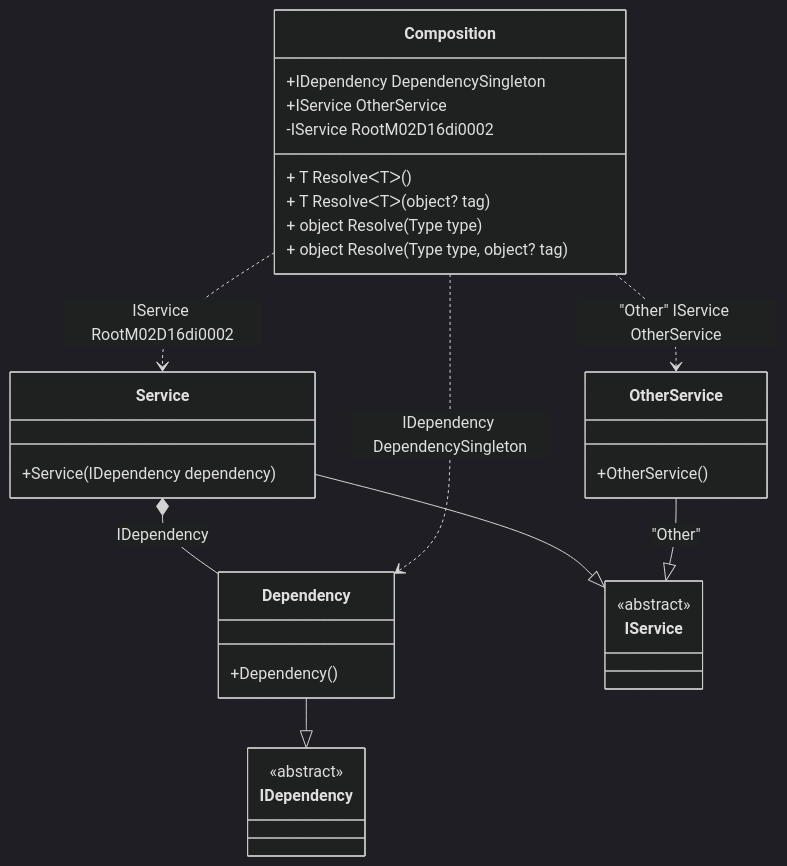
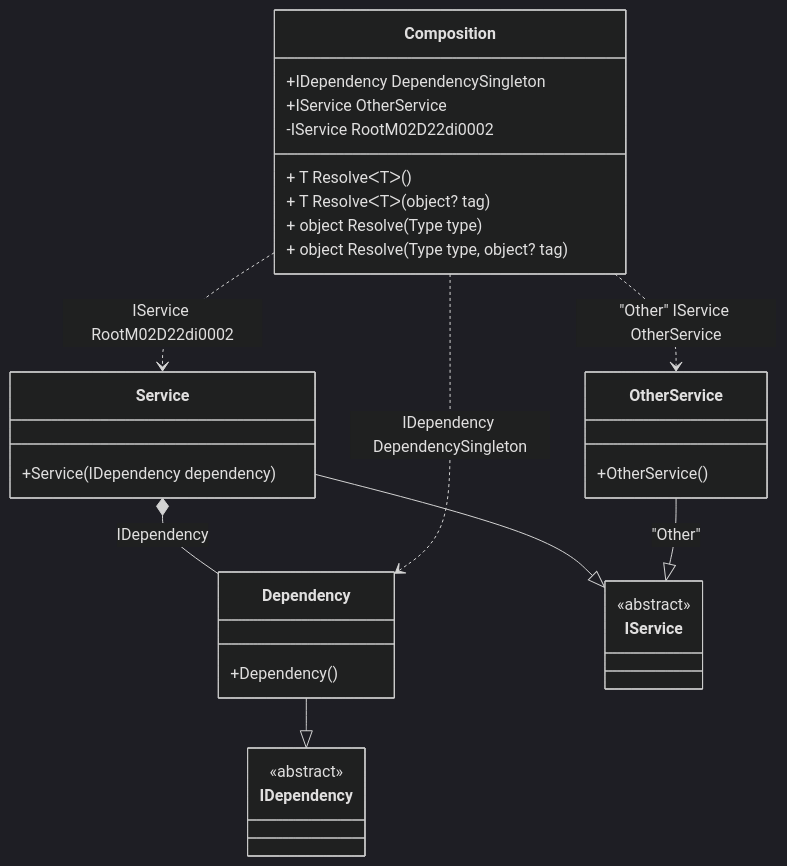
One commit to DevTeam/Pure.DI changed the diagram in readme/resolve-methods.md. Above: the diagram before and after it, drawn with Mermaid (dark theme). The commit also changed other lines of this file and 83 other files, not shown here.

````diff
--- a/readme/resolve-methods.md
+++ b/readme/resolve-methods.md
@@ -45,34 +45,34 @@
 ```mermaid
 classDiagram
   class Composition {
     +IDependency DependencySingleton
     +IService OtherService
-    -IService RootM02D16di0002
+    -IService RootM02D22di0002
     + T ResolveᐸTᐳ()
     + T ResolveᐸTᐳ(object? tag)
     + object Resolve(Type type)
     + object Resolve(Type type, object? tag)
   }
   Dependency --|> IDependency : 
   class Dependency {
     +Dependency()
   }
   Service --|> IService : 
   class Service {
     +Service(IDependency dependency)
   }
   OtherService --|> IService : "Other" 
   class OtherService {
     +OtherService()
   }
   class IDependency {
     <<abstract>>
   }
   class IService {
     <<abstract>>
   }
   Service *--  Dependency : IDependency
   Composition ..> Dependency : IDependency DependencySingleton
-  Composition ..> Service : IService RootM02D16di0002
+  Composition ..> Service : IService RootM02D22di0002
   Composition ..> OtherService : "Other" IService OtherService
 ```
````
